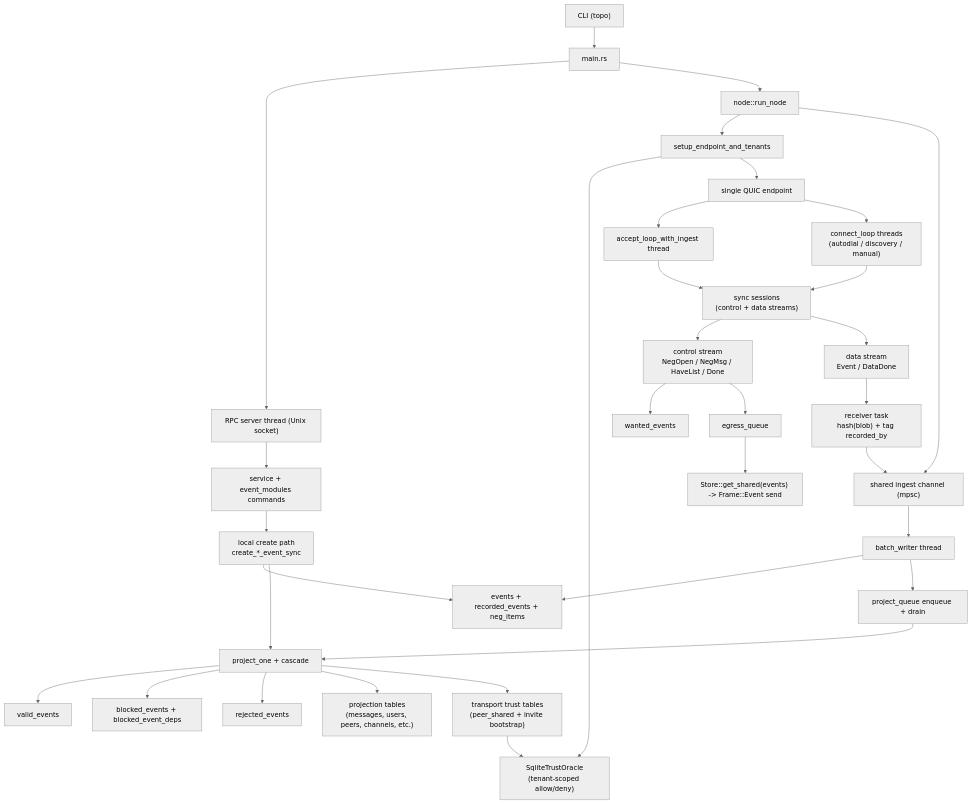
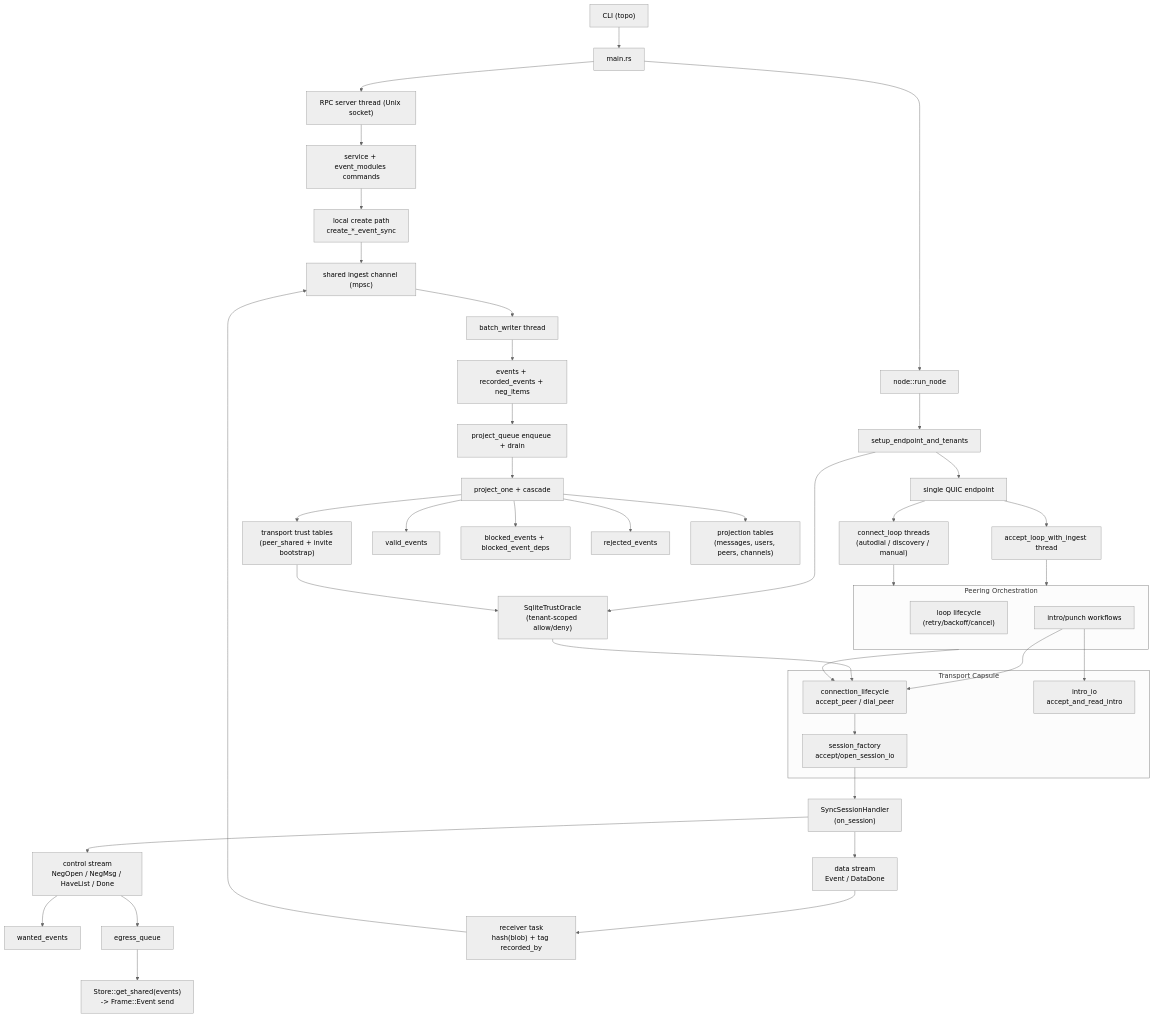
One commit to holmesworcester/topo changed the first of 7 diagrams in docs/CURRENT_RUNTIME_DIAGRAM.md. Above: the diagram before and after it, drawn with Mermaid (neutral theme). The commit also changed other lines of this file, not shown here.

Commit message:
Update runtime diagram drafts for transport capsule boundary

````diff
--- a/docs/CURRENT_RUNTIME_DIAGRAM.md
+++ b/docs/CURRENT_RUNTIME_DIAGRAM.md
@@ -18,46 +20,61 @@
 ```mermaid
 flowchart TD
     CLI["CLI (topo)"] --> MAIN["main.rs"]
     MAIN --> RPC["RPC server thread (Unix socket)"]
     MAIN --> NODE["node::run_node"]
 
     RPC --> SVC["service + event_modules commands"]
     SVC --> LOCAL["local create path\ncreate_*_event_sync"]
-    LOCAL --> DB_BASE["events + recorded_events + neg_items"]
-    LOCAL --> PROJ["project_one + cascade"]
+    LOCAL --> INGEST["shared ingest channel (mpsc)"]
 
     NODE --> START["setup_endpoint_and_tenants"]
+    START --> EP["single QUIC endpoint"]
     START --> TRUST["SqliteTrustOracle\n(tenant-scoped allow/deny)"]
-    START --> EP["single QUIC endpoint"]
 
-    NODE --> INGEST["shared ingest channel (mpsc)"]
     INGEST --> WRITER["batch_writer thread"]
+    WRITER --> STORE["events + recorded_events + neg_items"]
+    STORE --> PROJ_Q["project_queue enqueue + drain"]
+    PROJ_Q --> PROJ["project_one + cascade"]
 
     EP --> ACCEPT["accept_loop_with_ingest thread"]
     EP --> CONNECT["connect_loop threads\n(autodial / discovery / manual)"]
 
-    ACCEPT --> SESS["sync sessions\n(control + data streams)"]
-    CONNECT --> SESS
+    ACCEPT --> ORCH
+    CONNECT --> ORCH
 
-    SESS --> CTRL["control stream\nNegOpen / NegMsg / HaveList / Done"]
-    SESS --> DATA["data stream\nEvent / DataDone"]
+    subgraph ORCH["Peering Orchestration"]
+      CYCLE["loop lifecycle\n(retry/backoff/cancel)"]
+      INTRO["intro/punch workflows"]
+    end
+
+    subgraph TRANS["Transport Capsule"]
+      LIFE["connection_lifecycle\naccept_peer / dial_peer"]
+      FACT["session_factory\naccept/open_session_io"]
+      IIO["intro_io\naccept_and_read_intro"]
+    end
+
+    ORCH --> LIFE
+    INTRO --> LIFE
+    LIFE --> FACT
+    INTRO --> IIO
+
+    FACT --> SYNC["SyncSessionHandler\n(on_session)"]
+    SYNC --> CTRL["control stream\nNegOpen / NegMsg / HaveList / Done"]
+    SYNC --> DATA["data stream\nEvent / DataDone"]
 
     CTRL --> WANT["wanted_events"]
     CTRL --> EGRESS["egress_queue"]
-    EGRESS --> SEND["Store::get_shared(events) -> Frame::Event send"]
+    EGRESS --> SEND["Store::get_shared(events)\n-> Frame::Event send"]
 
     DATA --> RECV["receiver task\nhash(blob) + tag recorded_by"]
     RECV --> INGEST
 
-    WRITER --> DB_BASE
-    WRITER --> PROJ_Q["project_queue enqueue + drain"]
-    PROJ_Q --> PROJ
-
     PROJ --> VALID["valid_events"]
     PROJ --> BLOCKED["blocked_events + blocked_event_deps"]
     PROJ --> REJECTED["rejected_events"]
-    PROJ --> READS["projection tables\n(messages, users, peers, channels, etc.)"]
+    PROJ --> READS["projection tables\n(messages, users, peers, channels)"]
     PROJ --> TRUST_DB["transport trust tables\n(peer_shared + invite bootstrap)"]
 
     TRUST_DB --> TRUST
+    TRUST --> LIFE
 ```
````
